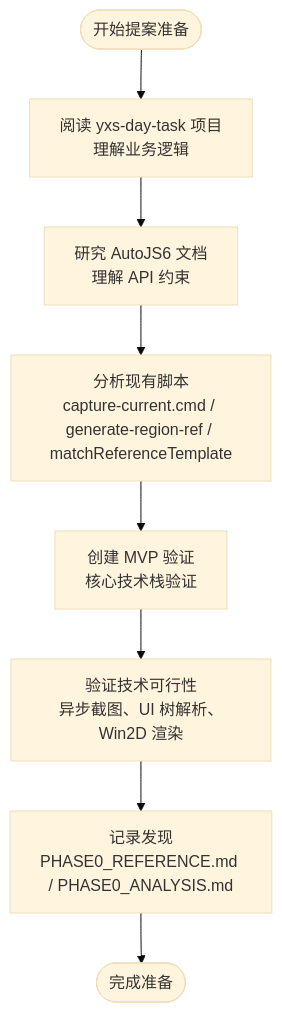
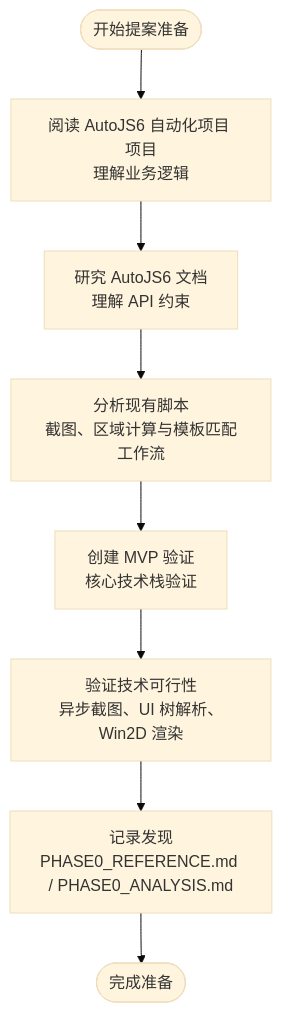
The fifth of 14 diagrams in .qoder/repowiki/zh/content/贡献指南/代码贡献规范/OpenSpec 变更提案/提案编写指南.md (terwer/autojs6-dev-tools), drawn with Mermaid (base theme) before and after one commit. The commit also changed other lines of this file and 19 other files, not shown here.

````diff
--- a/.qoder/repowiki/zh/content/贡献指南/代码贡献规范/OpenSpec 变更提案/提案编写指南.md
+++ b/.qoder/repowiki/zh/content/贡献指南/代码贡献规范/OpenSpec 变更提案/提案编写指南.md
@@ -211,10 +211,10 @@
 ```mermaid
 flowchart TD
-Start([开始提案准备]) --> ReadProject["阅读 yxs-day-task 项目<br/>理解业务逻辑"]
+Start([开始提案准备]) --> ReadProject["阅读 AutoJS6 自动化项目 项目<br/>理解业务逻辑"]
 ReadProject --> StudyDocs["研究 AutoJS6 文档<br/>理解 API 约束"]
-StudyDocs --> AnalyzeScripts["分析现有脚本<br/>capture-current.cmd / generate-region-ref / matchReferenceTemplate"]
+StudyDocs --> AnalyzeScripts["分析现有脚本<br/>截图、区域计算与模板匹配工作流"]
 AnalyzeScripts --> CreateMVP["创建 MVP 验证<br/>核心技术栈验证"]
 CreateMVP --> ValidateTech["验证技术可行性<br/>异步截图、UI 树解析、Win2D 渲染"]
 ValidateTech --> DocumentFindings["记录发现<br/>PHASE0_REFERENCE.md / PHASE0_ANALYSIS.md"]
 DocumentFindings --> End([完成准备])
 ```
````
